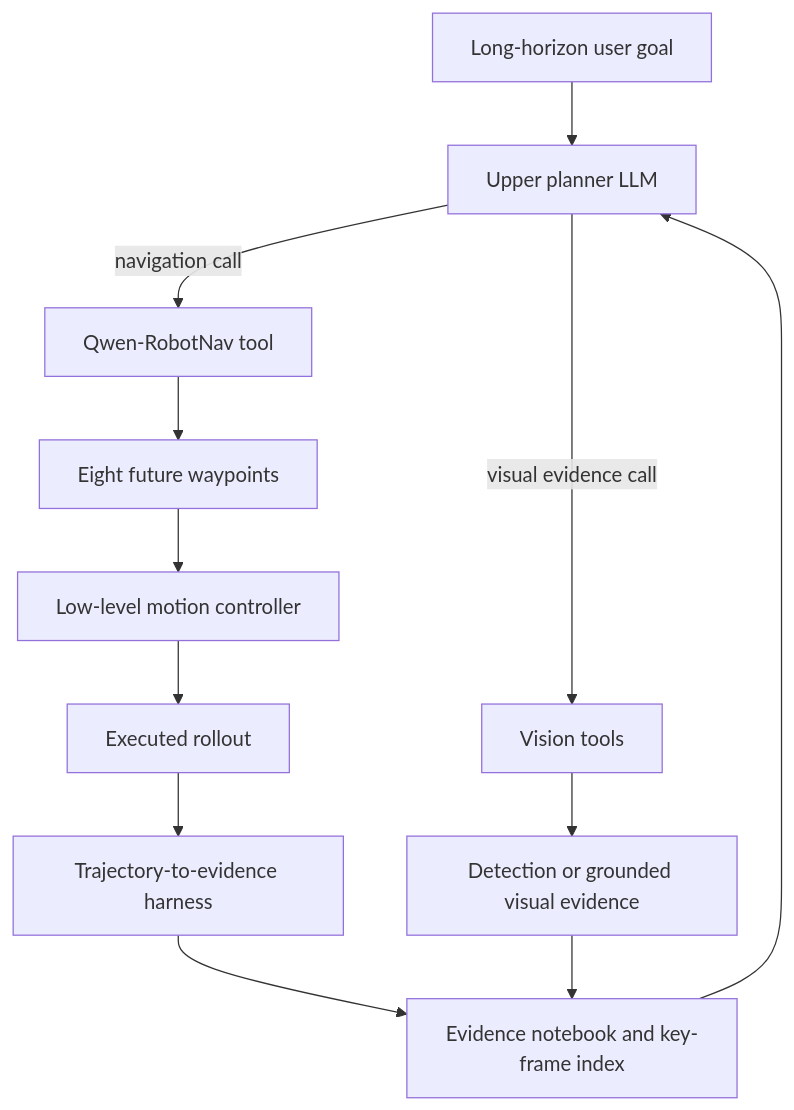
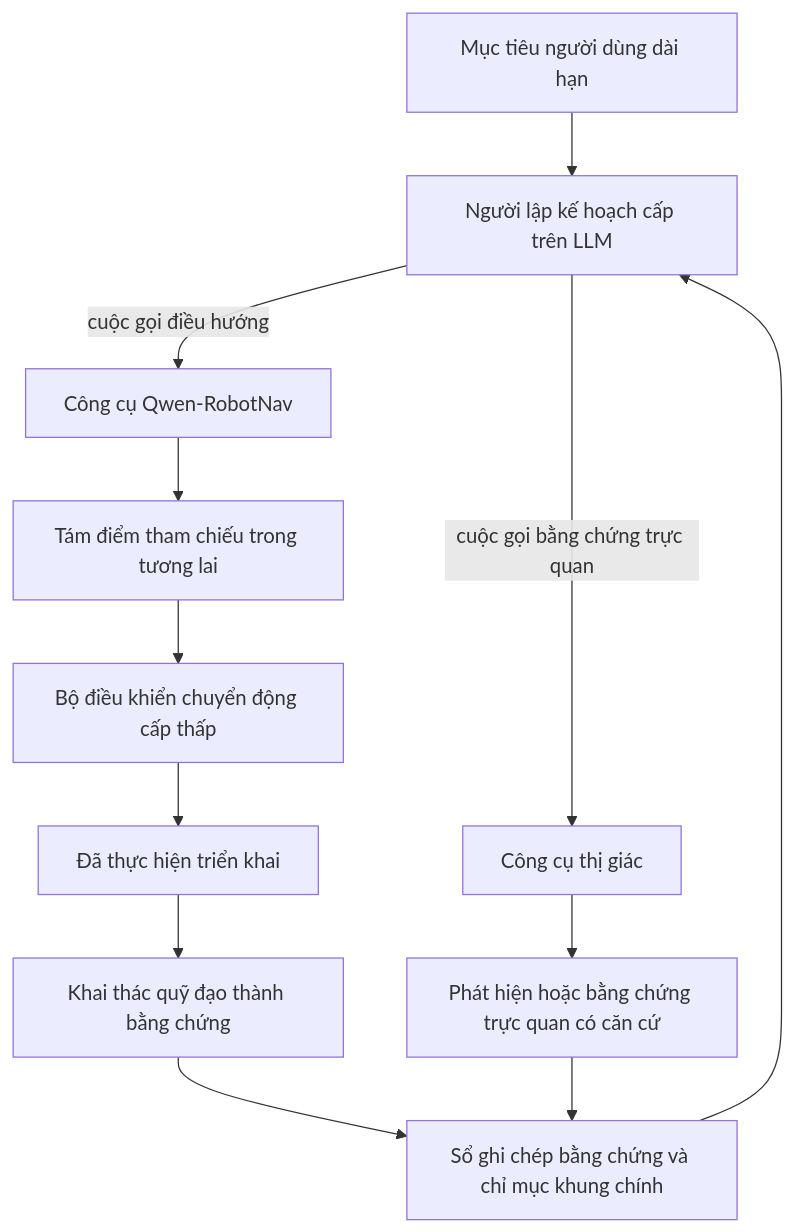
Before and after one commit to cycler04/VinRobotics-VLA: the second of 2 diagrams in docs/research_finding/01-gwen/qwen_models/Qwen-RobotNav/qwen_robotnav_details.md, drawn with Mermaid. The commit also changed other lines of this file and 24 other files, not shown here.

````diff
--- a/docs/research_finding/01-gwen/qwen_models/Qwen-RobotNav/qwen_robotnav_details.md
+++ b/docs/research_finding/01-gwen/qwen_models/Qwen-RobotNav/qwen_robotnav_details.md
@@ -274,16 +274,16 @@
 ```mermaid
 flowchart TD
-    G[Long-horizon user goal] --> LLM[Upper planner LLM]
-    LLM -->|navigation call| NAV[Qwen-RobotNav tool]
-    LLM -->|visual evidence call| VT[Vision tools]
+    G[Mục tiêu người dùng dài hạn] --> LLM[Người lập kế hoạch cấp trên LLM]
+    LLM -->|cuộc gọi điều hướng| NAV[Công cụ Qwen-RobotNav]
+    LLM -->|cuộc gọi bằng chứng trực quan| VT[Công cụ thị giác]
 
-    NAV --> WP[Eight future waypoints]
-    WP --> CTRL[Low-level motion controller]
-    CTRL --> R[Executed rollout]
+    NAV --> WP[Tám điểm tham chiếu trong tương lai]
+    WP --> CTRL[Bộ điều khiển chuyển động cấp thấp]
+    CTRL --> R[Đã thực hiện triển khai]
 
-    VT --> VE[Detection or grounded visual evidence]
-    R --> H[Trajectory-to-evidence harness]
-    H --> NB[Evidence notebook and key-frame index]
+    VT --> VE[Phát hiện hoặc bằng chứng trực quan có căn cứ]
+    R --> H[Khai thác quỹ đạo thành bằng chứng]
+    H --> NB[Sổ ghi chép bằng chứng và chỉ mục khung chính]
     VE --> NB
     NB --> LLM
 ```
````
